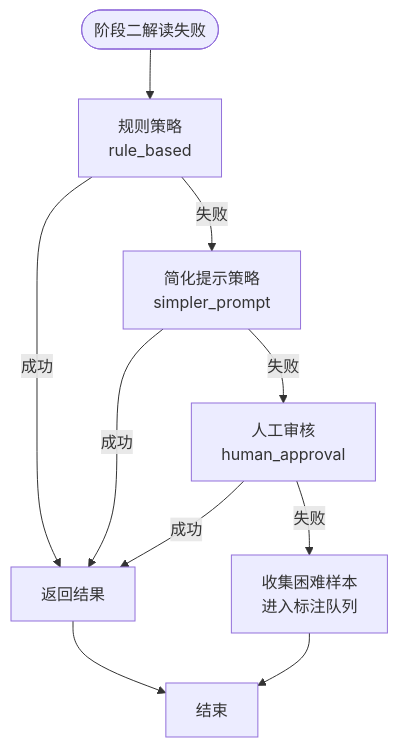
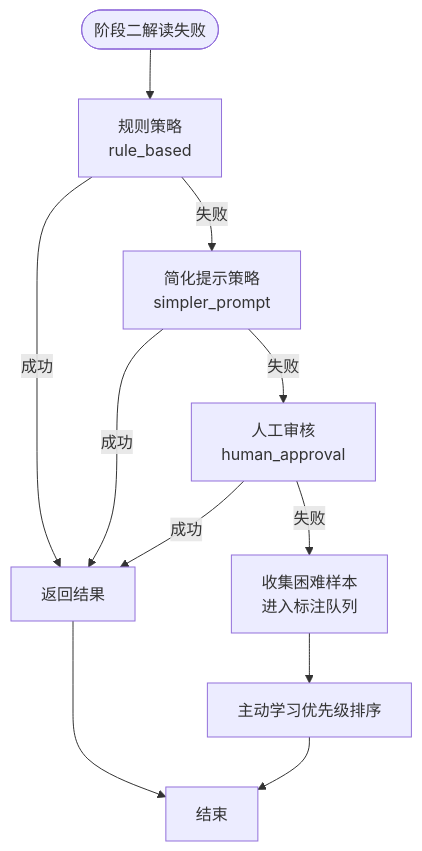
Diagram 12 of 12 in .qoder/repowiki/zh/content/系统架构/核心组件详解/查询处理引擎/查询处理引擎.md (dgjin/smart-data-analytics), drawn with Mermaid before and after one commit. The commit also changed other lines of this file and 66 other files, not shown here.

````diff
--- a/.qoder/repowiki/zh/content/系统架构/核心组件详解/查询处理引擎/查询处理引擎.md
+++ b/.qoder/repowiki/zh/content/系统架构/核心组件详解/查询处理引擎/查询处理引擎.md
@@ -506,12 +579,13 @@
 ```mermaid
 flowchart TD
 Start(["阶段二解读失败"]) --> Rule["规则策略<br/>rule_based"]
 Rule --> |成功| Success["返回结果"]
 Rule --> |失败| Simpler["简化提示策略<br/>simpler_prompt"]
 Simpler --> |成功| Success
 Simpler --> |失败| Human["人工审核<br/>human_approval"]
 Human --> |成功| Success
 Human --> |失败| Collect["收集困难样本<br/>进入标注队列"]
-Collect --> End["结束"]
+Collect --> Priority["主动学习优先级排序"]
+Priority --> End["结束"]
 Success --> End
 ```
````
